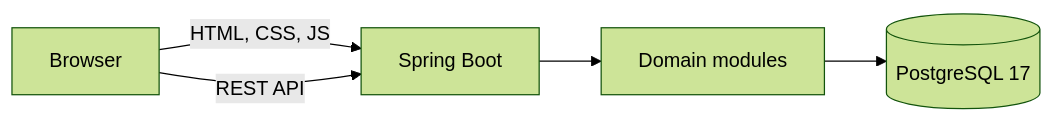
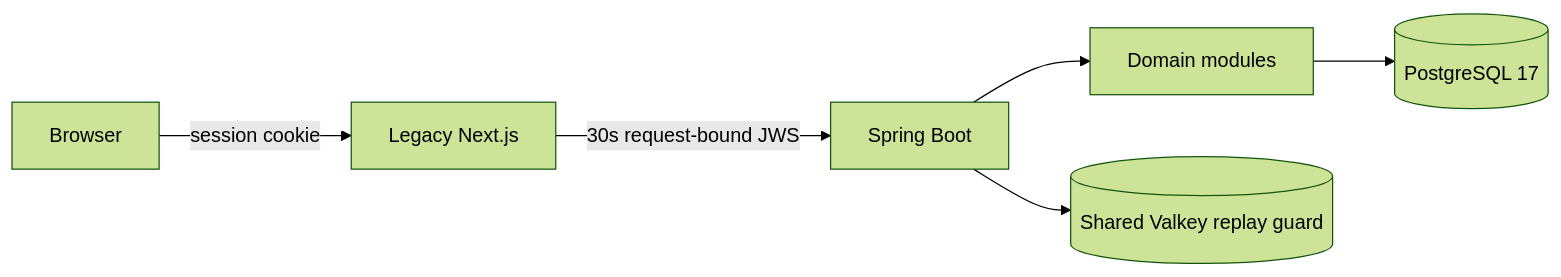
One commit to HangChi/JobTrace-Java changed the diagram in docs/architecture.md. Above: the diagram before and after it, drawn with Mermaid (forest theme). The commit also changed other lines of this file and 54 other files, not shown here.

````diff
--- a/docs/architecture.md
+++ b/docs/architecture.md
@@ -5,7 +5,8 @@
 ```mermaid
 flowchart LR
-  Browser -->|HTML, CSS, JS| Spring[Spring Boot]
-  Browser -->|REST API| Spring
+  Browser -->|session cookie| Legacy[Legacy Next.js]
+  Legacy -->|30s request-bound JWS| Spring[Spring Boot]
   Spring --> Modules[Domain modules]
   Modules --> PG[(PostgreSQL 17)]
+  Spring --> Replay[(Shared Valkey replay guard)]
 ```
````
